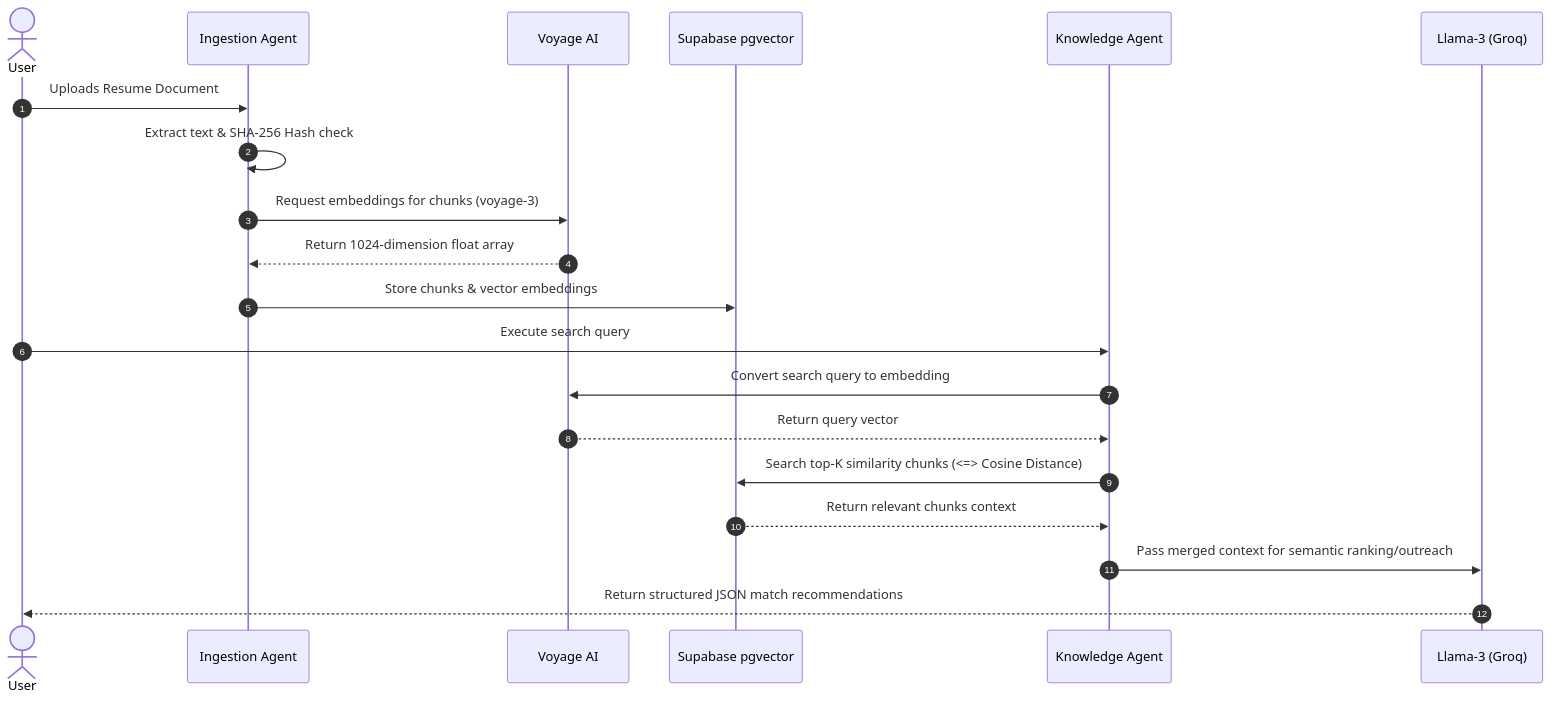
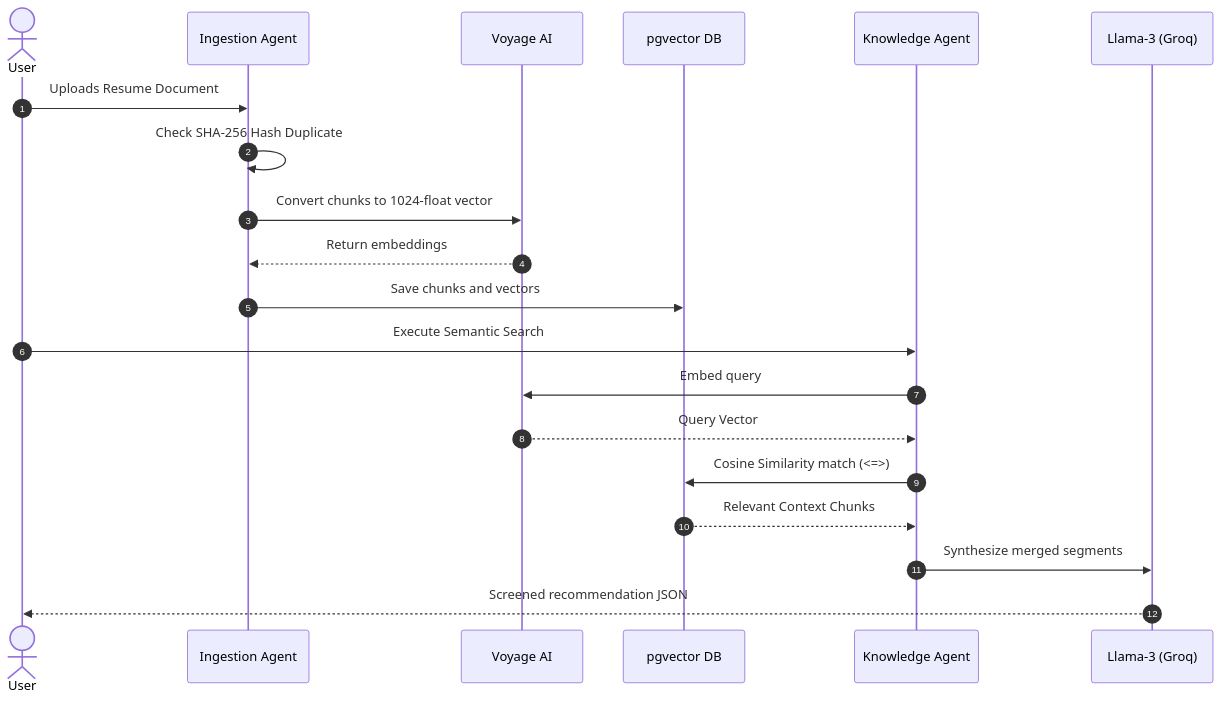
Before and after one commit to bussathrishank595-star/Autonomous-AI-Workforce-for-Business-Workflow-Automation: the second of 2 diagrams in README.md, drawn with Mermaid. The commit also changed other lines of this file and 4 other files, not shown here.

````diff
--- a/README.md
+++ b/README.md
@@ -90,23 +106,23 @@
 ```mermaid
 sequenceDiagram
     autonumber
     actor User
     participant Ingest as Ingestion Agent
     participant Voyage as Voyage AI
-    participant DB as Supabase pgvector
+    participant DB as pgvector DB
     participant Knowledge as Knowledge Agent
     participant LLM as Llama-3 (Groq)
 
     User->>Ingest: Uploads Resume Document
-    Ingest->>Ingest: Extract text & SHA-256 Hash check
-    Ingest->>Voyage: Request embeddings for chunks (voyage-3)
-    Voyage-->>Ingest: Return 1024-dimension float array
-    Ingest->>DB: Store chunks & vector embeddings
-    User->>Knowledge: Execute search query
-    Knowledge->>Voyage: Convert search query to embedding
-    Voyage-->>Knowledge: Return query vector
-    Knowledge->>DB: Search top-K similarity chunks (<=> Cosine Distance)
-    DB-->>Knowledge: Return relevant chunks context
-    Knowledge->>LLM: Pass merged context for semantic ranking/outreach
-    LLM-->>User: Return structured JSON match recommendations
+    Ingest->>Ingest: Check SHA-256 Hash Duplicate
+    Ingest->>Voyage: Convert chunks to 1024-float vector
+    Voyage-->>Ingest: Return embeddings
+    Ingest->>DB: Save chunks and vectors
+    User->>Knowledge: Execute Semantic Search
+    Knowledge->>Voyage: Embed query
+    Voyage-->>Knowledge: Query Vector
+    Knowledge->>DB: Cosine Similarity match (<=>)
+    DB-->>Knowledge: Relevant Context Chunks
+    Knowledge->>LLM: Synthesize merged segments
+    LLM-->>User: Screened recommendation JSON
 ```
````
